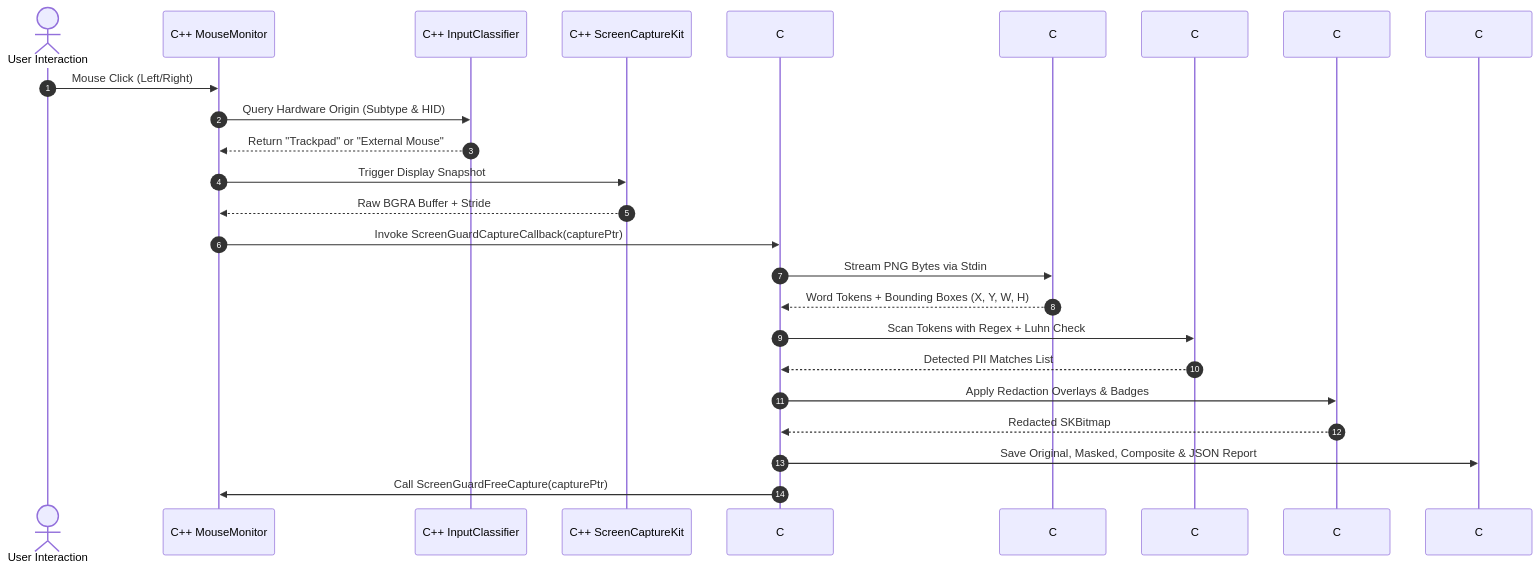
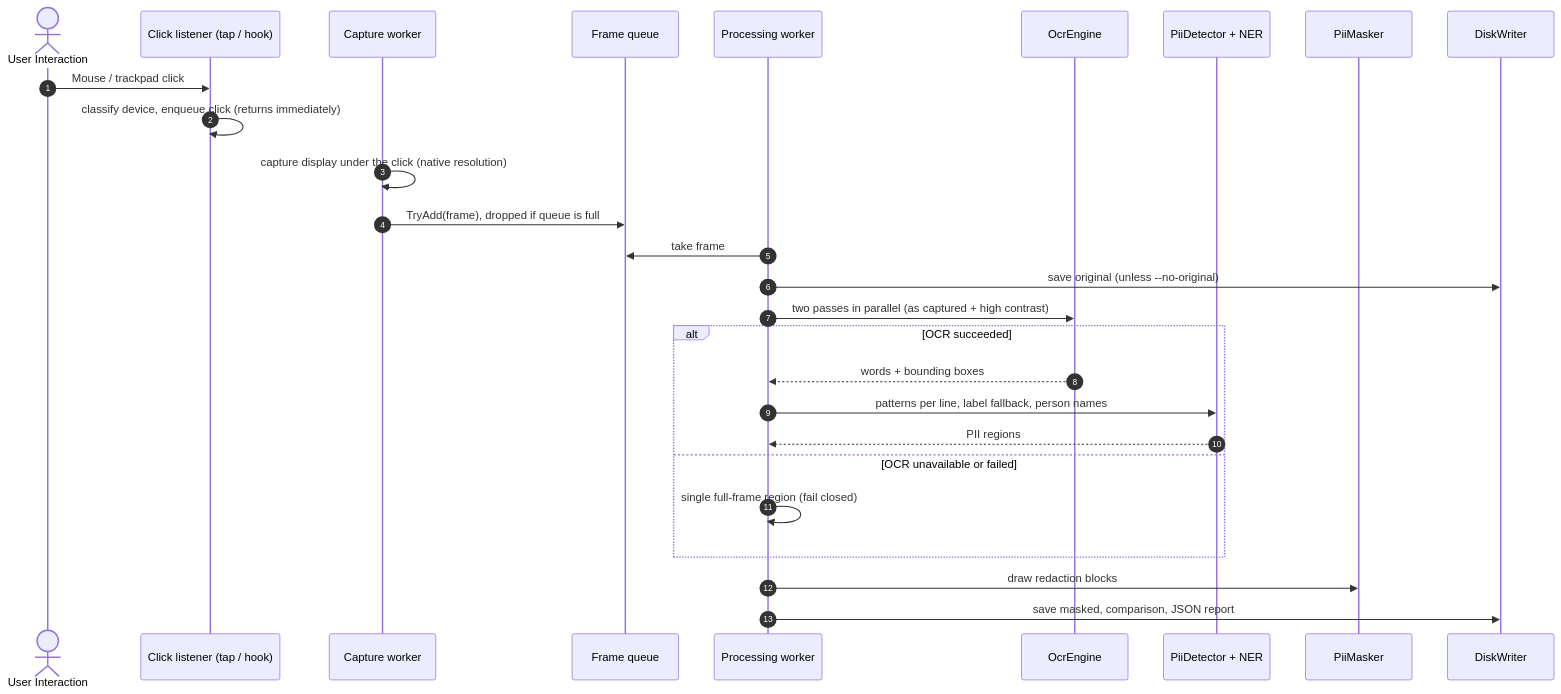
The second of 2 diagrams in docs/HLD.md (Deeps72-ux/screenguard-pii-masker), drawn with Mermaid before and after one commit. The commit also changed other lines of this file and 32 other files, not shown here.

````diff
--- a/docs/HLD.md
+++ b/docs/HLD.md
@@ -112,28 +126,30 @@
 ```mermaid
 sequenceDiagram
     autonumber
     actor User as User Interaction
-    participant Native as C++ MouseMonitor
-    participant Classifier as C++ InputClassifier
-    participant Capture as C++ ScreenCaptureKit
-    participant Interop as C# NativeInterop
-    participant OCR as C# OcrEngine
-    participant PII as C# PiiDetector
-    participant Masker as C# PiiMasker
-    participant Disk as C# DiskWriter
+    participant Input as Click listener (tap / hook)
+    participant Worker as Capture worker
+    participant Q as Frame queue
+    participant Proc as Processing worker
+    participant OCR as OcrEngine
+    participant PII as PiiDetector + NER
+    participant Masker as PiiMasker
+    participant Disk as DiskWriter
 
-    User->>Native: Mouse Click (Left/Right)
-    Native->>Classifier: Query Hardware Origin (Subtype & HID)
-    Classifier-->>Native: Return "Trackpad" or "External Mouse"
-    Native->>Capture: Trigger Display Snapshot
-    Capture-->>Native: Raw BGRA Buffer + Stride
-    Native->>Interop: Invoke ScreenGuardCaptureCallback(capturePtr)
-    Interop->>OCR: Stream PNG Bytes via Stdin
-    OCR-->>Interop: Word Tokens + Bounding Boxes (X, Y, W, H)
-    Interop->>PII: Scan Tokens with Regex + Luhn Check
-    PII-->>Interop: Detected PII Matches List
-    Interop->>Masker: Apply Redaction Overlays & Badges
-    Masker-->>Interop: Redacted SKBitmap
-    Interop->>Disk: Save Original, Masked, Composite & JSON Report
-    Interop->>Native: Call ScreenGuardFreeCapture(capturePtr)
+    User->>Input: Mouse / trackpad click
+    Input->>Input: classify device, enqueue click (returns immediately)
+    Worker->>Worker: capture display under the click (native resolution)
+    Worker->>Q: TryAdd(frame), dropped if queue is full
+    Proc->>Q: take frame
+    Proc->>Disk: save original (unless --no-original)
+    Proc->>OCR: two passes in parallel (as captured + high contrast)
+    alt OCR succeeded
+        OCR-->>Proc: words + bounding boxes
+        Proc->>PII: patterns per line, label fallback, person names
+        PII-->>Proc: PII regions
+    else OCR unavailable or failed
+        Proc->>Proc: single full-frame region (fail closed)
+    end
+    Proc->>Masker: draw redaction blocks
+    Proc->>Disk: save masked, comparison, JSON report
 ```
````
